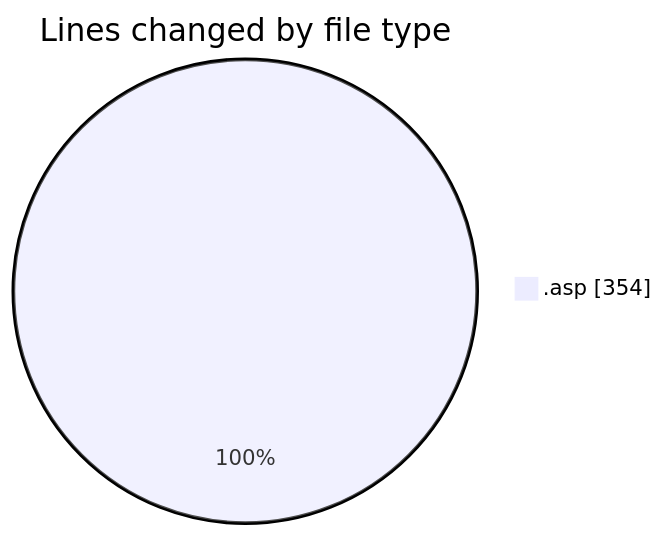
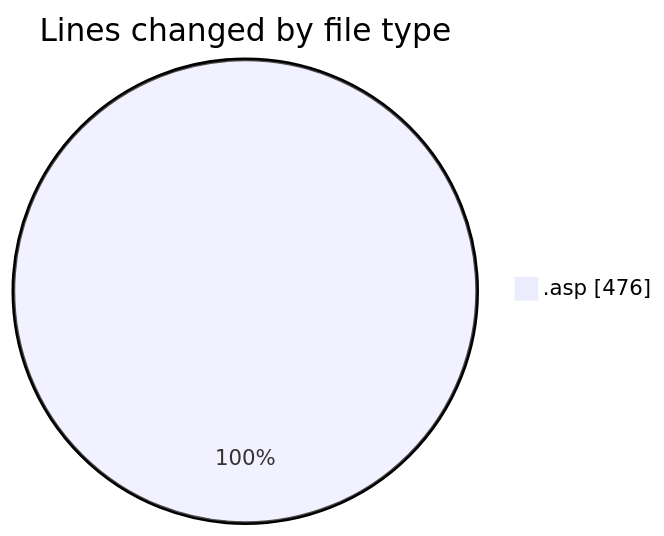
One commit to julien-gomy/code-tracking changed the first of 2 diagrams in 2025-10-28/usr_aleoudev_fr__workspace_/README.md. Above: the diagram before and after it, drawn with Mermaid. The commit also changed other lines of this file and 1 other file, not shown here.

````diff
--- a/2025-10-28/usr_aleoudev_fr__workspace_/README.md
+++ b/2025-10-28/usr_aleoudev_fr__workspace_/README.md
@@ -22,5 +22,5 @@
 ```mermaid
 pie showData
 title Lines changed by file type
-".asp" : 354
+".asp" : 476
 ```
````
